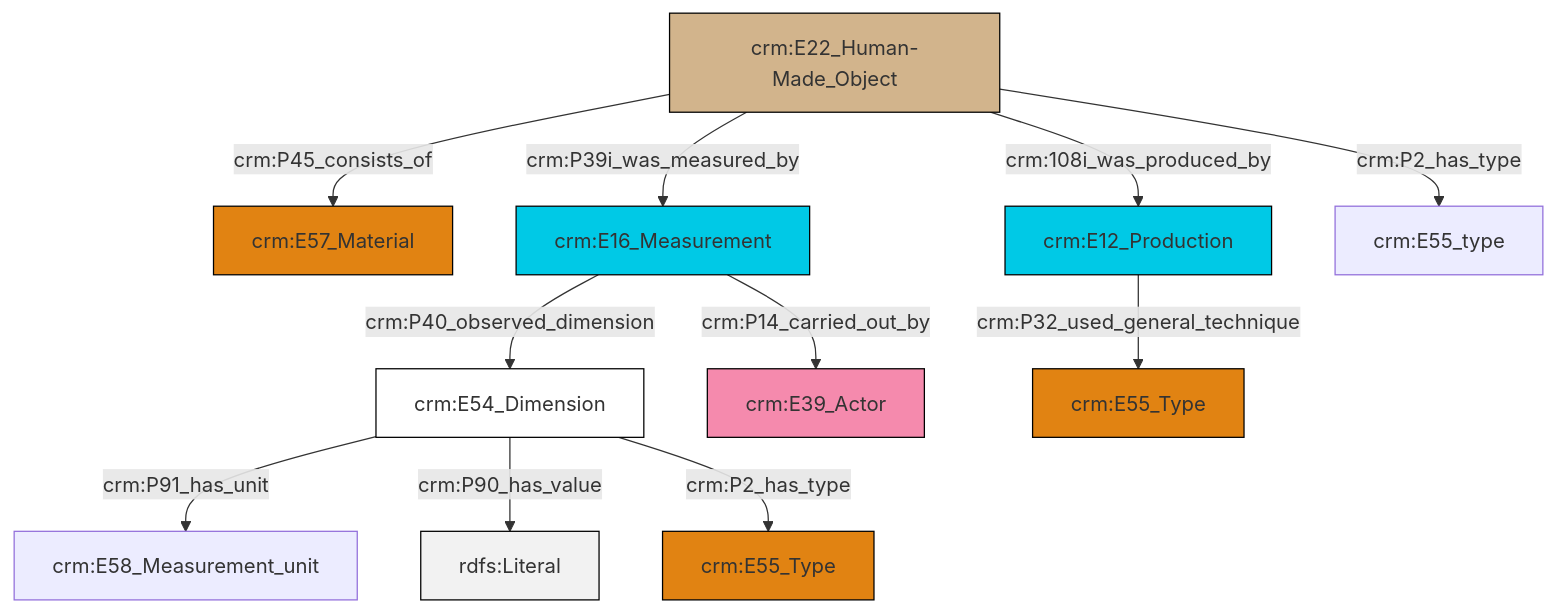
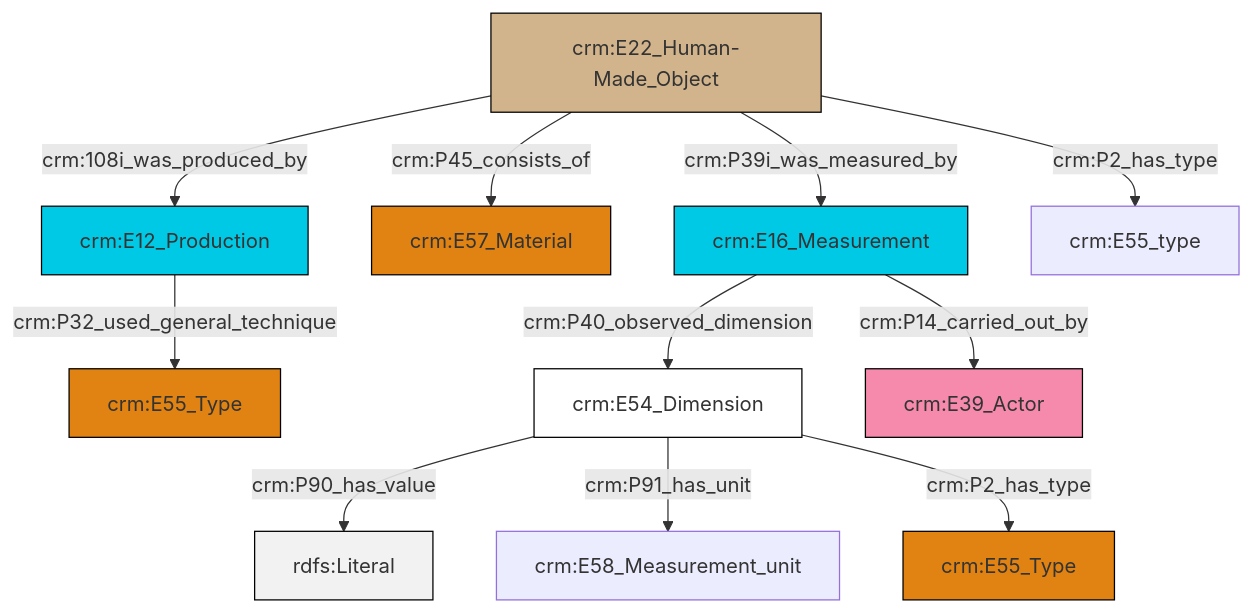
One commit to swiss-art-research-net/reference-data-models changed the diagram in et/builtWorkCSV/ttl/mmd/Built_Work_substance.ttl.mmd. Above: the diagram before and after it, drawn with Mermaid. The commit also changed 129 other files, not shown here.

```diff
--- a/et/builtWorkCSV/ttl/mmd/Built_Work_substance.ttl.mmd
+++ b/et/builtWorkCSV/ttl/mmd/Built_Work_substance.ttl.mmd
@@ -1,25 +1,25 @@
 graph TD
 classDef Literal fill:#f2f2f2,stroke:#000000;
 classDef CRM_Entity fill:#FFFFFF,stroke:#000000;
 classDef Temporal_Entity fill:#00C9E6, stroke:#000000;
 classDef Type fill:#E18312, stroke:#000000;
 classDef Time-Span fill:#2C9C91, stroke:#000000;
 classDef Appellation fill:#FFEB7F, stroke:#000000;
 classDef Place fill:#008836, stroke:#000000;
 classDef Persistent_Item fill:#B266B2, stroke:#000000;
 classDef Conceptual_Object fill:#FFD700, stroke:#000000;
 classDef Physical_Thing fill:#D2B48C, stroke:#000000;
 classDef Actor fill:#f58aad, stroke:#000000;
 classDef PC_Classes fill:#4ce600, stroke:#000000;
 classDef Multi fill:#cccccc,stroke:#000000;
 
-2["crm:E54_Dimension"]:::CRM_Entity -->|crm:P91_has_unit| 3["crm:E58_Measurement_unit"]:::Default
-4["crm:E16_Measurement"]:::Temporal_Entity -->|crm:P14_carried_out_by| 5["crm:E39_Actor"]:::Actor
-8["crm:E22_Human-Made_Object"]:::Physical_Thing -->|crm:P45_consists_of| 0["crm:E57_Material"]:::Type
-2["crm:E54_Dimension"]:::CRM_Entity -->|crm:P90_has_value| 9[rdfs:Literal]:::Literal
-2["crm:E54_Dimension"]:::CRM_Entity -->|crm:P2_has_type| 13["crm:E55_Type"]:::Type
-8["crm:E22_Human-Made_Object"]:::Physical_Thing -->|crm:P39i_was_measured_by| 4["crm:E16_Measurement"]:::Temporal_Entity
-4["crm:E16_Measurement"]:::Temporal_Entity -->|crm:P40_observed_dimension| 2["crm:E54_Dimension"]:::CRM_Entity
-8["crm:E22_Human-Made_Object"]:::Physical_Thing -->|crm:108i_was_produced_by| 14["crm:E12_Production"]:::Temporal_Entity
-8["crm:E22_Human-Made_Object"]:::Physical_Thing -->|crm:P2_has_type| 17["crm:E55_type"]:::Default
-14["crm:E12_Production"]:::Temporal_Entity -->|crm:P32_used_general_technique| 6["crm:E55_Type"]:::Type
+2["crm:E22_Human-Made_Object"]:::Physical_Thing -->|crm:108i_was_produced_by| 3["crm:E12_Production"]:::Temporal_Entity
+2["crm:E22_Human-Made_Object"]:::Physical_Thing -->|crm:P45_consists_of| 0["crm:E57_Material"]:::Type
+2["crm:E22_Human-Made_Object"]:::Physical_Thing -->|crm:P39i_was_measured_by| 10["crm:E16_Measurement"]:::Temporal_Entity
+10["crm:E16_Measurement"]:::Temporal_Entity -->|crm:P40_observed_dimension| 6["crm:E54_Dimension"]:::CRM_Entity
+2["crm:E22_Human-Made_Object"]:::Physical_Thing -->|crm:P2_has_type| 11["crm:E55_type"]:::Default
+6["crm:E54_Dimension"]:::CRM_Entity -->|crm:P90_has_value| 15[rdfs:Literal]:::Literal
+6["crm:E54_Dimension"]:::CRM_Entity -->|crm:P91_has_unit| 4["crm:E58_Measurement_unit"]:::Default
+6["crm:E54_Dimension"]:::CRM_Entity -->|crm:P2_has_type| 17["crm:E55_Type"]:::Type
+3["crm:E12_Production"]:::Temporal_Entity -->|crm:P32_used_general_technique| 8["crm:E55_Type"]:::Type
+10["crm:E16_Measurement"]:::Temporal_Entity -->|crm:P14_carried_out_by| 18["crm:E39_Actor"]:::Actor
```
